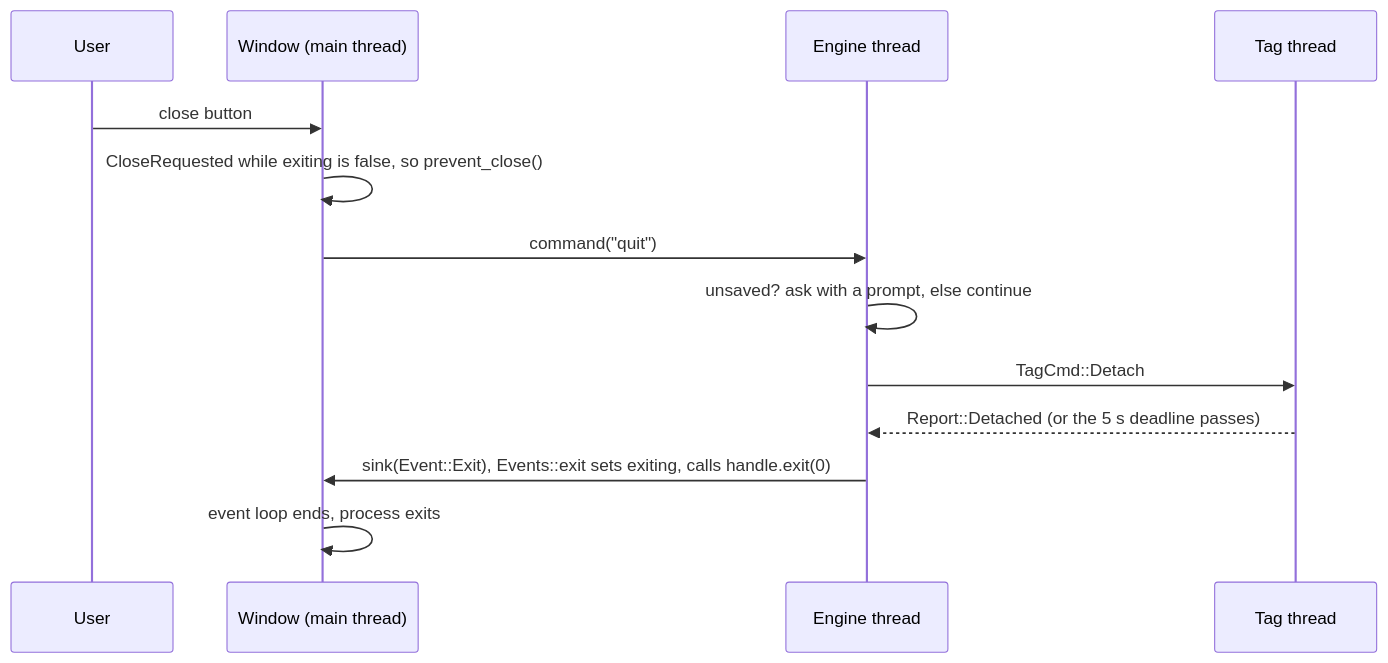
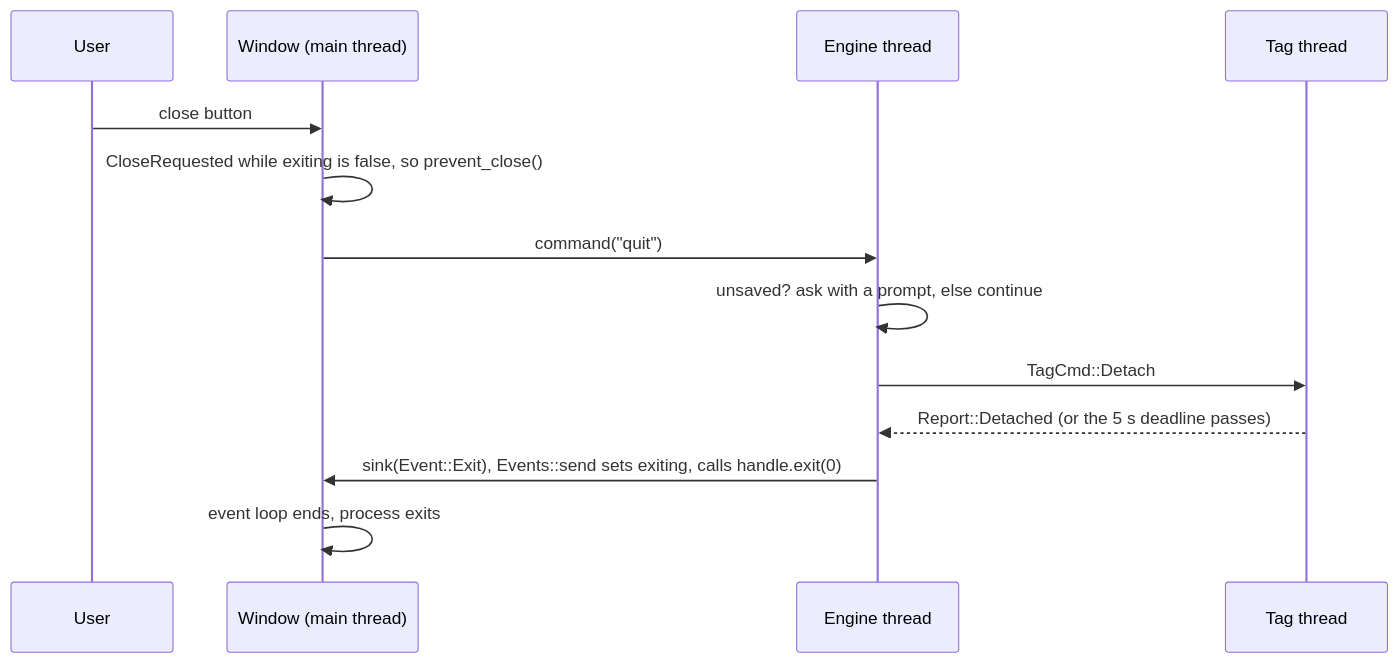
Before and after one commit to tag-designs/software: the first of 2 diagrams in host/design/tutorial/10-tauri-shell.md, drawn with Mermaid. The commit also changed other lines of this file and 25 other files, not shown here.

````diff
--- a/host/design/tutorial/10-tauri-shell.md
+++ b/host/design/tutorial/10-tauri-shell.md
@@ -880,15 +876,15 @@
 ```mermaid
 sequenceDiagram
     participant U as User
     participant W as Window (main thread)
     participant E as Engine thread
     participant T as Tag thread
     U->>W: close button
     W->>W: CloseRequested while exiting is false, so prevent_close()
     W->>E: command("quit")
     E->>E: unsaved? ask with a prompt, else continue
     E->>T: TagCmd::Detach
     T-->>E: Report::Detached (or the 5 s deadline passes)
-    E->>W: sink(Event::Exit), Events::exit sets exiting, calls handle.exit(0)
+    E->>W: sink(Event::Exit), Events::send sets exiting, calls handle.exit(0)
     W->>W: event loop ends, process exits
 ```
````
